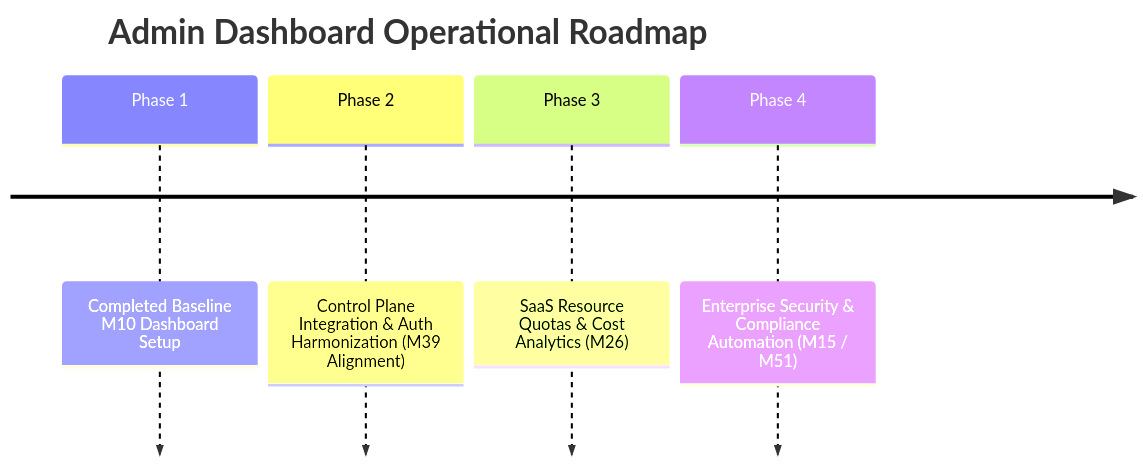
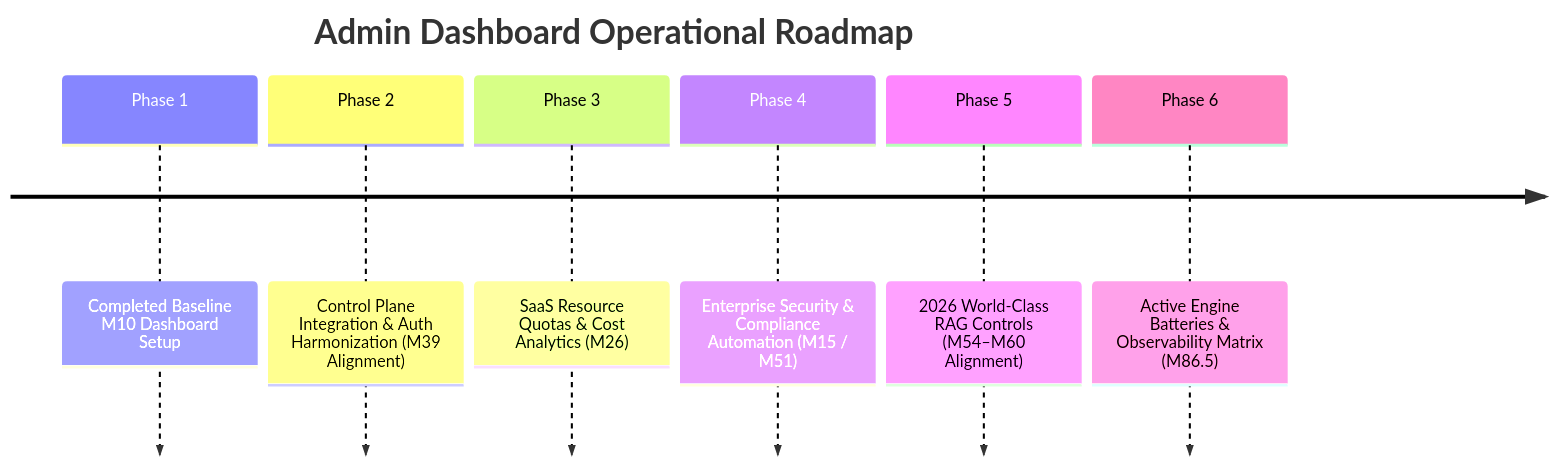
One commit to prat3010/retriever changed the diagram in docs/ADMIN_DASHBOARD_ROADMAP.md. Above: the diagram before and after it, drawn with Mermaid. The commit also changed other lines of this file and 10 other files, not shown here.

Commit message:
feat(batteries): complete Milestone 86.5 Platform Capabilities & Active Batteries Observability Cockpit (v0.71.1)

````diff
--- a/docs/ADMIN_DASHBOARD_ROADMAP.md
+++ b/docs/ADMIN_DASHBOARD_ROADMAP.md
@@ -111,8 +115,10 @@
 ```mermaid
 timeline
     title Admin Dashboard Operational Roadmap
     Phase 1 : Completed Baseline M10 Dashboard Setup
     Phase 2 : Control Plane Integration & Auth Harmonization (M39 Alignment)
     Phase 3 : SaaS Resource Quotas & Cost Analytics (M26)
     Phase 4 : Enterprise Security & Compliance Automation (M15 / M51)
+    Phase 5 : 2026 World-Class RAG Controls (M54–M60 Alignment)
+    Phase 6 : Active Engine Batteries & Observability Matrix (M86.5)
 ```
````
